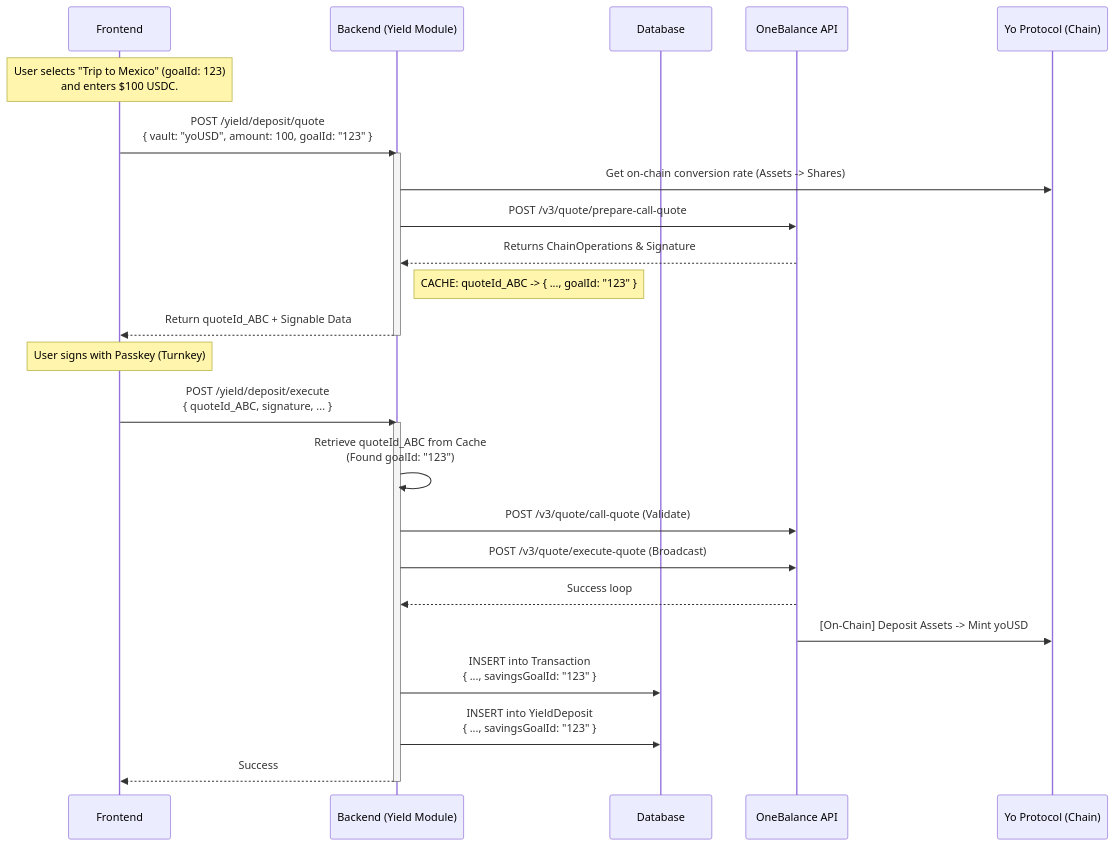
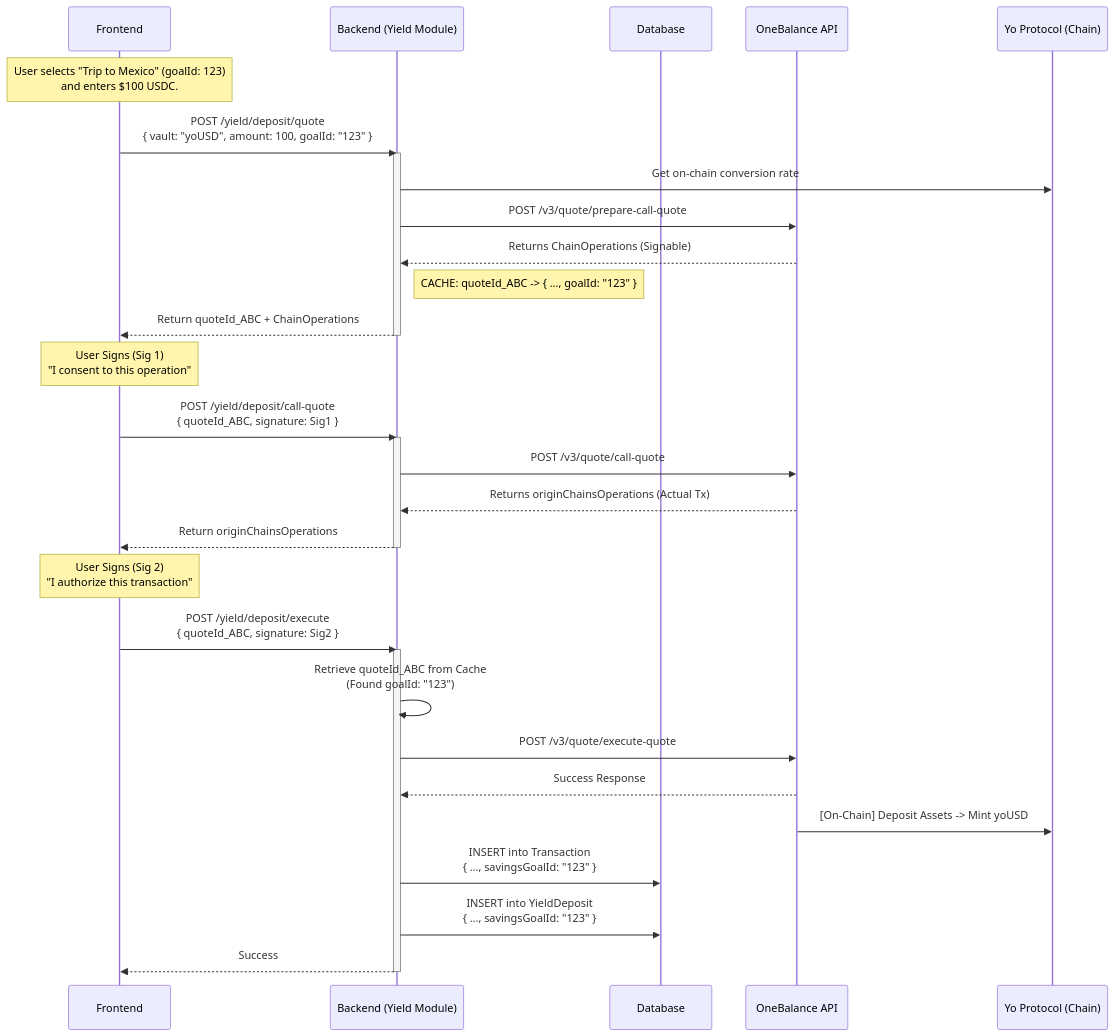
The second of 2 diagrams in SAVINGS_MODULE_README.md (riteshkhamitkar/earn-yield-docs), drawn with Mermaid before and after one commit.

````diff
--- a/SAVINGS_MODULE_README.md
+++ b/SAVINGS_MODULE_README.md
@@ -70,40 +70,47 @@
 ```mermaid
 sequenceDiagram
     participant FE as Frontend
     participant API as Backend (Yield Module)
     participant DB as Database
     participant OB as OneBalance API
     participant YO as Yo Protocol (Chain)
 
     Note over FE: User selects "Trip to Mexico" (goalId: 123)<br/>and enters $100 USDC.
 
+    %% STEP 1: PREPARE
     FE->>API: POST /yield/deposit/quote<br/>{ vault: "yoUSD", amount: 100, goalId: "123" }
-    
     activate API
-    API->>YO: Get on-chain conversion rate (Assets -> Shares)
+    API->>YO: Get on-chain conversion rate
     API->>OB: POST /v3/quote/prepare-call-quote
-    OB-->>API: Returns ChainOperations & Signature
-    
+    OB-->>API: Returns ChainOperations (Signable)
     Note right of API: CACHE: quoteId_ABC -> { ..., goalId: "123" }
-    
-    API-->>FE: Return quoteId_ABC + Signable Data
+    API-->>FE: Return quoteId_ABC + ChainOperations
     deactivate API
 
-    Note over FE: User signs with Passkey (Turnkey)
+    %% STEP 2: CONSENT SIGNATURE
+    Note over FE: User Signs (Sig 1)<br/>"I consent to this operation"
+    
+    FE->>API: POST /yield/deposit/call-quote<br/>{ quoteId_ABC, signature: Sig1 }
+    activate API
+    API->>OB: POST /v3/quote/call-quote
+    OB-->>API: Returns originChainsOperations (Actual Tx)
+    API-->>FE: Return originChainsOperations
+    deactivate API
 
-    FE->>API: POST /yield/deposit/execute<br/>{ quoteId_ABC, signature, ... }
-    
+    %% STEP 3: EXECUTION SIGNATURE
+    Note over FE: User Signs (Sig 2)<br/>"I authorize this transaction"
+
+    FE->>API: POST /yield/deposit/execute<br/>{ quoteId_ABC, signature: Sig2 }
     activate API
     API->>API: Retrieve quoteId_ABC from Cache<br/>(Found goalId: "123")
     
-    API->>OB: POST /v3/quote/call-quote (Validate)
-    API->>OB: POST /v3/quote/execute-quote (Broadcast)
-    OB-->>API: Success loop
+    API->>OB: POST /v3/quote/execute-quote
+    OB-->>API: Success Response
     OB->>YO: [On-Chain] Deposit Assets -> Mint yoUSD
     
     API->>DB: INSERT into Transaction<br/>{ ..., savingsGoalId: "123" }
     API->>DB: INSERT into YieldDeposit<br/>{ ..., savingsGoalId: "123" }
     
     API-->>FE: Success
     deactivate API
 ```
````
